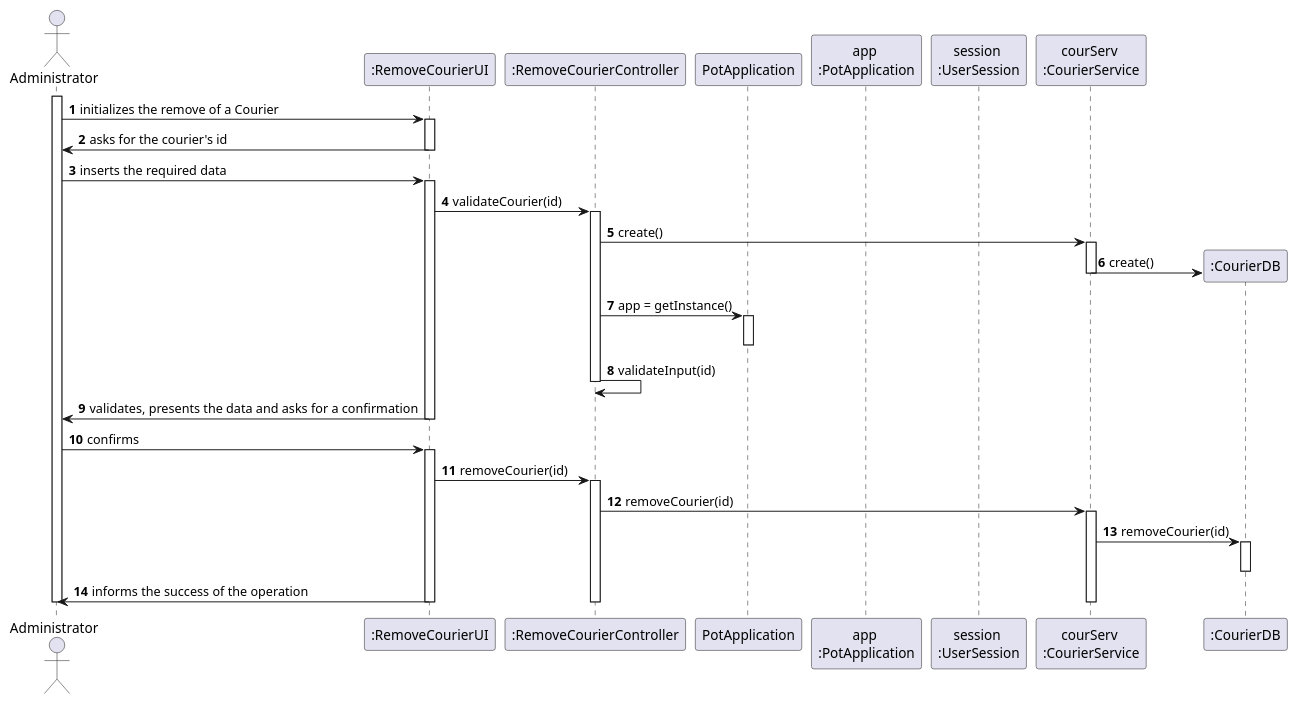
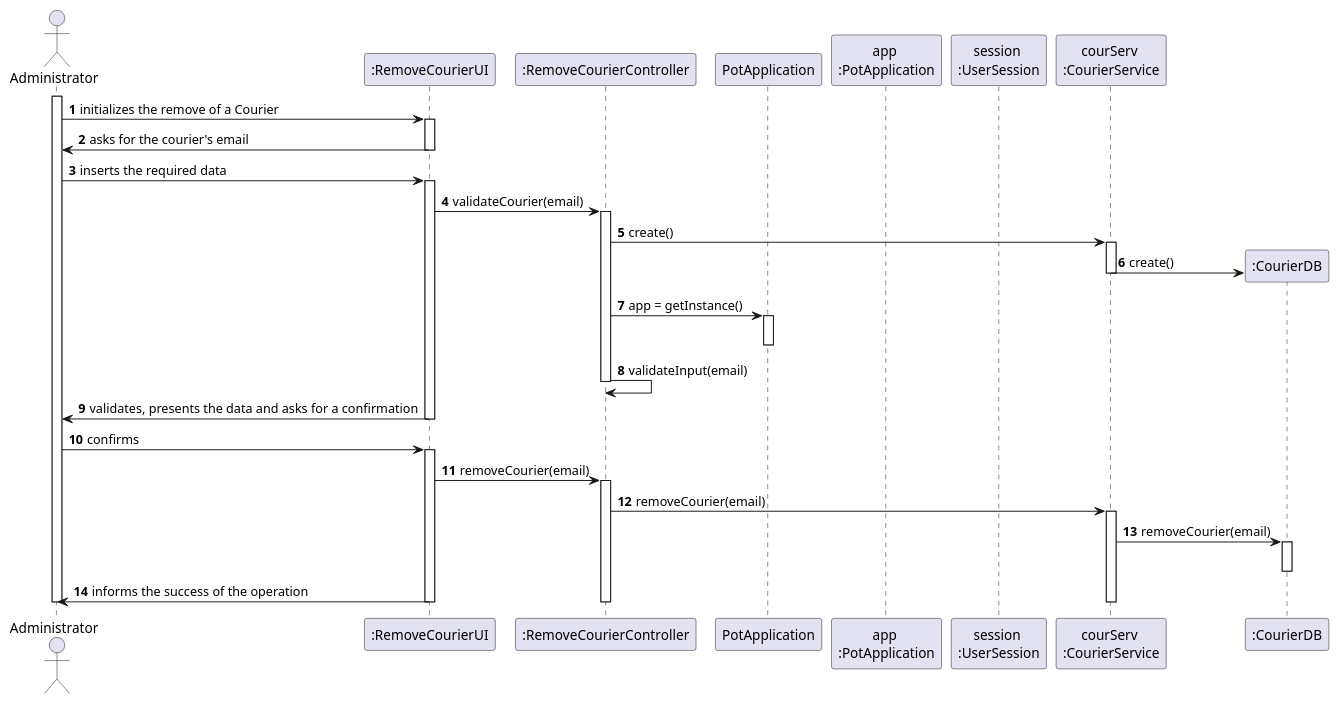
The diagram in docs/Iteration 2/Courier Management/US20_RemoveCourier/US20_SD.puml (tiagoavcosta25/LAPR3), drawn with PlantUML before and after one commit. The commit also changed 2 other files, not shown here.

Commit message:
LAPR2AP2-20 #refininf RemoveCourier [Design]

```diff
--- a/docs/Iteration 2/Courier Management/US20_RemoveCourier/US20_SD.puml
+++ b/docs/Iteration 2/Courier Management/US20_RemoveCourier/US20_SD.puml
@@ -1,55 +1,55 @@
 @startuml
 autonumber
 actor "Administrator" as ADMIN
 
 participant ":RemoveCourierUI" as UI
 participant ":RemoveCourierController" as CTRL
 participant "PotApplication" as PA
 participant "app \n:PotApplication" as APA
 participant "session \n:UserSession" as US
 participant "courServ \n:CourierService" as RF
 participant ":CourierDB" as CDB
 
 activate ADMIN
 
 ADMIN -> UI : initializes the remove of a Courier
 activate UI
-UI -> ADMIN : asks for the courier's id
+UI -> ADMIN : asks for the courier's email
 deactivate UI
 
 ADMIN -> UI : inserts the required data
 activate UI
-UI -> CTRL : validateCourier(id)
+UI -> CTRL : validateCourier(email)
 activate CTRL
 CTRL -> RF : create()
 activate RF
 RF -> CDB** : create()
 deactivate RF
 CTRL -> PA : app = getInstance()
 activate PA
 deactivate PA
 deactivate US
-CTRL -> CTRL : validateInput(id)
+CTRL -> CTRL : validateInput(email)
 deactivate RF
 deactivate CTRL
 
 UI -> ADMIN : validates, presents the data and asks for a confirmation
 deactivate UI
 
 ADMIN -> UI : confirms
 activate UI
-UI -> CTRL : removeCourier(id)
+UI -> CTRL : removeCourier(email)
 activate CTRL
-CTRL -> RF : removeCourier(id)
+CTRL -> RF : removeCourier(email)
 activate RF
-RF -> CDB : removeCourier(id)
+RF -> CDB : removeCourier(email)
 activate CDB
 deactivate CDB
 UI -> ADMIN : informs the success of the operation
 deactivate RF
 deactivate CTRL
 deactivate UI
 
 deactivate ADMIN
 
 @enduml
```
